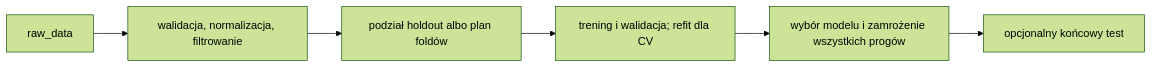
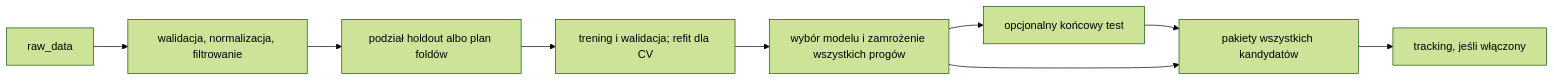
Before and after one commit to arrow501/ASI-s29379-s30253: the diagram in docs/notes/sprint-3-local-experiments.md, drawn with Mermaid (forest theme). The commit also changed other lines of this file and 14 other files, not shown here.

````diff
--- a/docs/notes/sprint-3-local-experiments.md
+++ b/docs/notes/sprint-3-local-experiments.md
@@ -31,8 +31,11 @@
 ```mermaid
 flowchart LR
     A[raw_data] --> B[walidacja, normalizacja, filtrowanie]
     B --> C[podział holdout albo plan foldów]
     C --> D[trening i walidacja; refit dla CV]
     D --> E[wybór modelu i zamrożenie wszystkich progów]
     E --> F[opcjonalny końcowy test]
+    F --> G[pakiety wszystkich kandydatów]
+    E --> G
+    G --> H[tracking, jeśli włączony]
 ```
````
